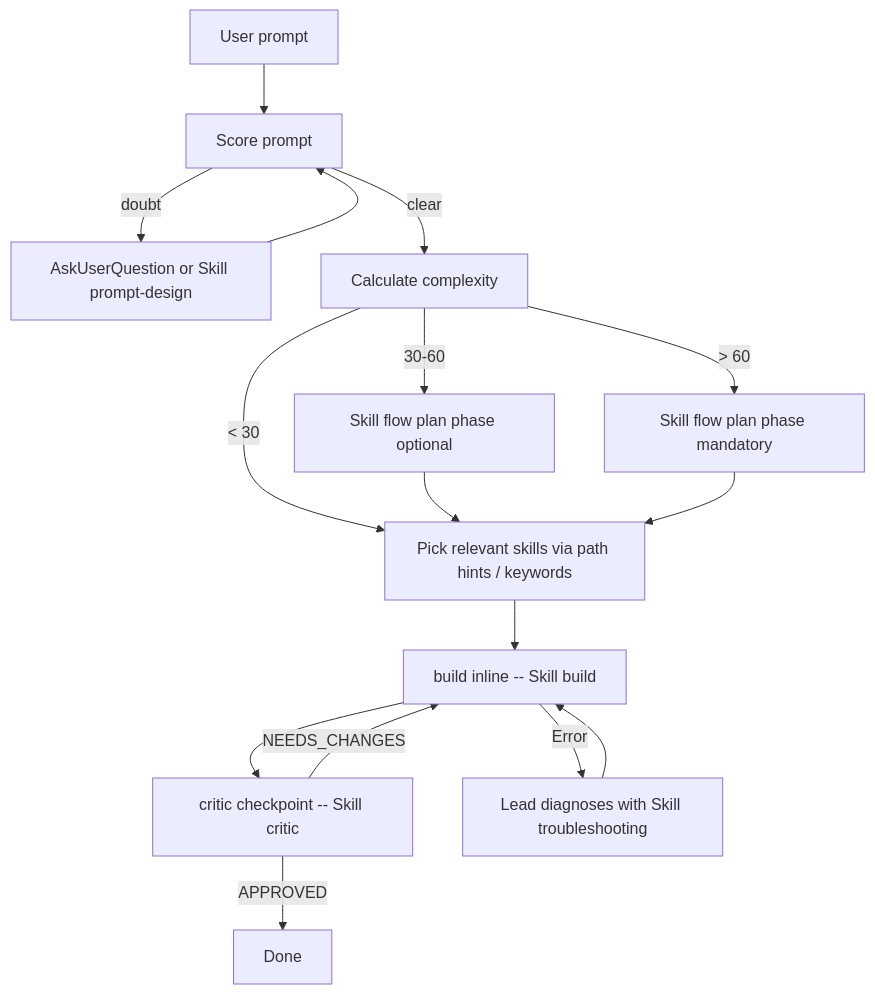
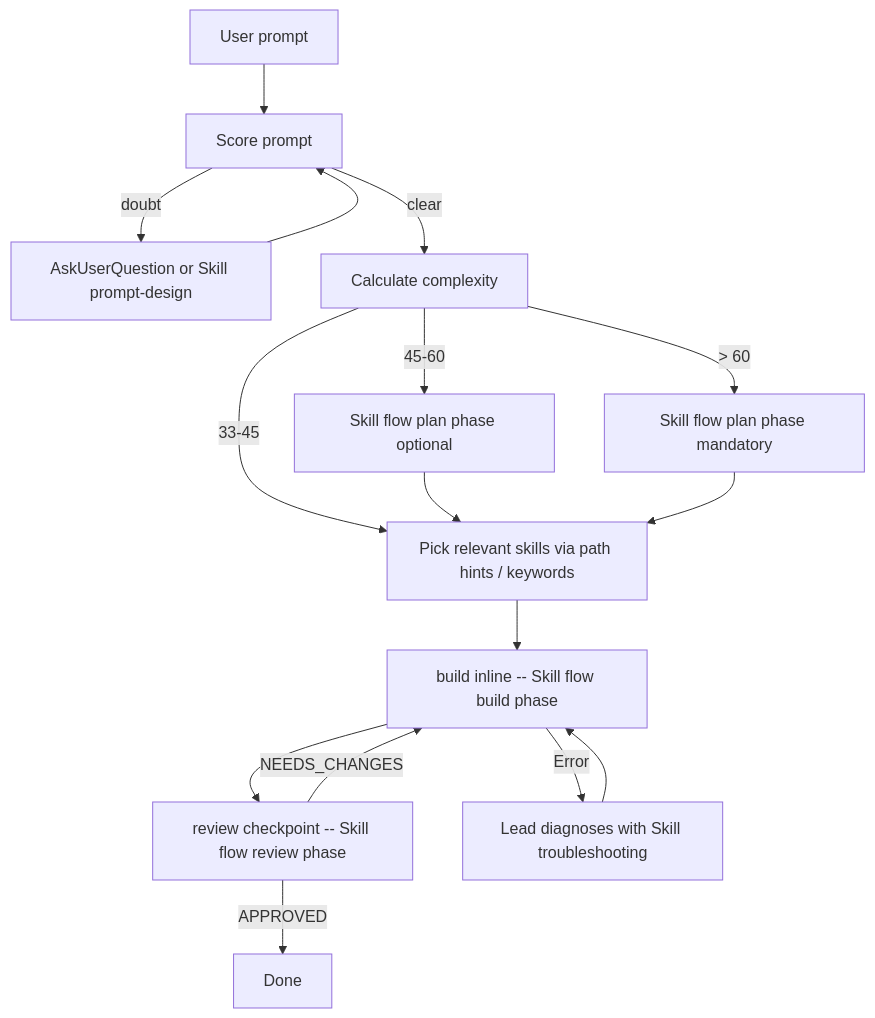
Before and after one commit to MaciWP/poneglyph: the diagram in .claude/docs/system-inventory.md, drawn with Mermaid. The commit also changed other lines of this file and 142 other files, not shown here.

````diff
--- a/.claude/docs/system-inventory.md
+++ b/.claude/docs/system-inventory.md
@@ -69,17 +69,17 @@
 ```mermaid
 graph TD
     U[User prompt] --> S[Score prompt]
     S -->|doubt| AQ[AskUserQuestion or Skill prompt-design]
     AQ --> S
     S -->|clear| C[Calculate complexity]
-    C -->|< 30| SK[Pick relevant skills via path hints / keywords]
-    C -->|30-60| P1[Skill flow plan phase optional]
+    C -->|33-45| SK[Pick relevant skills via path hints / keywords]
+    C -->|45-60| P1[Skill flow plan phase optional]
     C -->|> 60| P2[Skill flow plan phase mandatory]
     P1 & P2 --> SK
-    SK --> B[build inline -- Skill build]
-    B --> R[critic checkpoint -- Skill critic]
+    SK --> B[build inline -- Skill flow build phase]
+    B --> R[review checkpoint -- Skill flow review phase]
     R -->|APPROVED| D[Done]
     R -->|NEEDS_CHANGES| B
     B -->|Error| DG[Lead diagnoses with Skill troubleshooting]
     DG --> B
 ```
````
